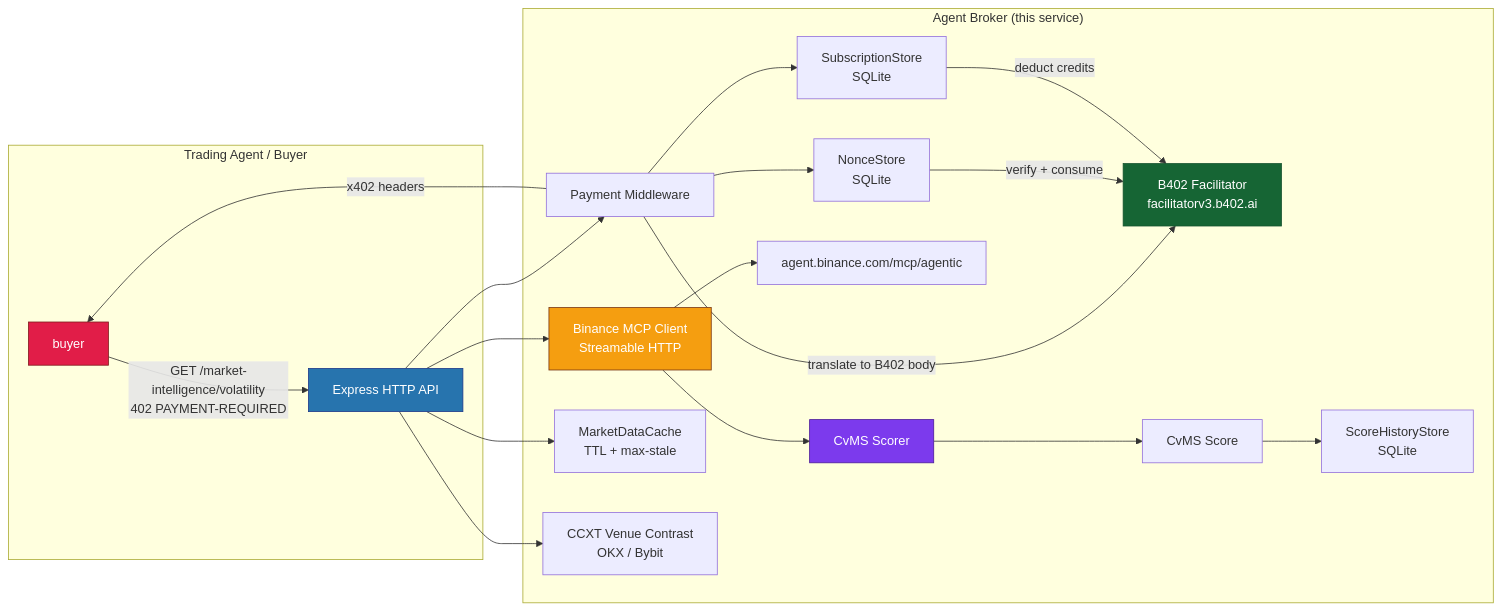
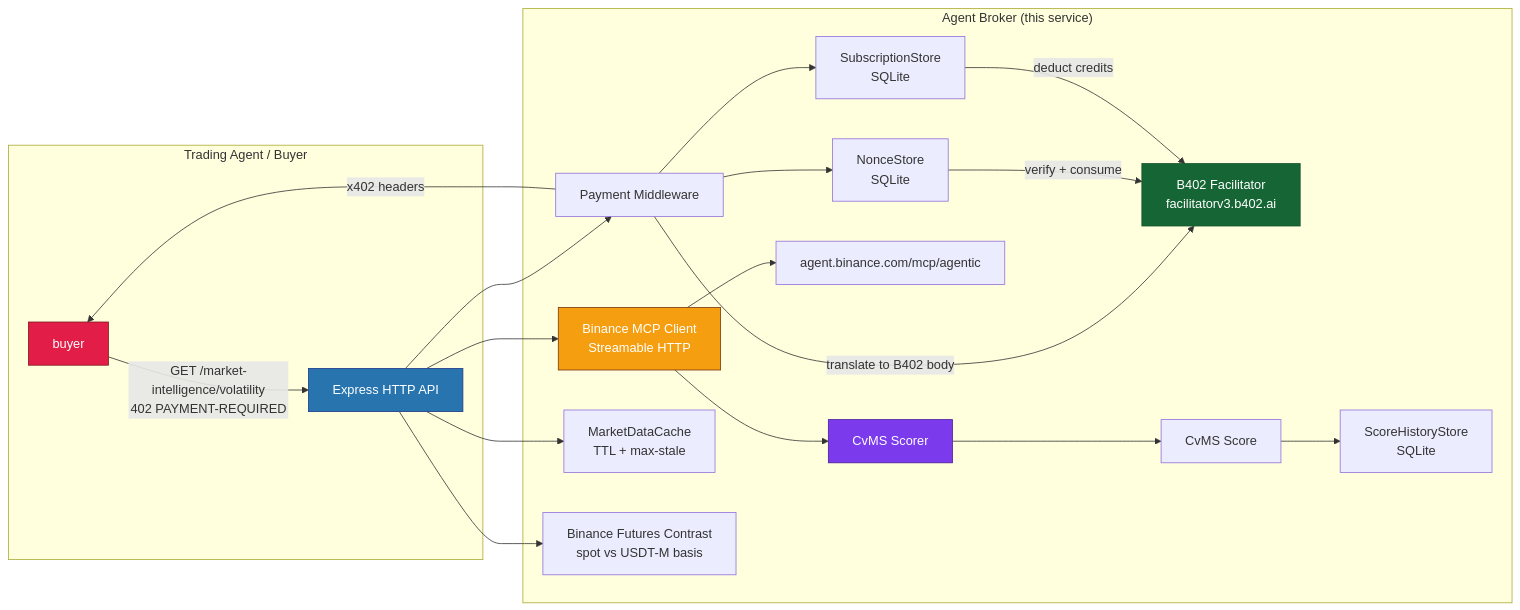
One commit to AduAkorful/agent-broker changed the diagram in README.md. Above: the diagram before and after it, drawn with Mermaid. The commit also changed other lines of this file and 14 other files, not shown here.

First line of the commit message:
feat: Binance spot vs futures basis for venue contrast

````diff
--- a/README.md
+++ b/README.md
@@ -13,29 +13,29 @@
 ```mermaid
 graph LR
   subgraph Client["Trading Agent / Buyer"]
     A[buyer] -->|GET /market-intelligence/volatility<br/>402 PAYMENT-REQUIRED| B
   end
 
   subgraph Broker["Agent Broker (this service)"]
     B[Express HTTP API] --> C[Payment Middleware]
     C -->|x402 headers| A
     C -->|translate to B402 body| D[B402 Facilitator<br/>facilitatorv3.b402.ai]
     C --> E[NonceStore<br/>SQLite]
     C --> F[SubscriptionStore<br/>SQLite]
     B --> G[Binance MCP Client<br/>Streamable HTTP]
     G --> H[agent.binance.com/mcp/agentic]
     G --> I[CvMS Scorer]
     B --> J[MarketDataCache<br/>TTL + max-stale]
-    B --> K[CCXT Venue Contrast<br/>OKX / Bybit]
+    B --> K[Binance Futures Contrast<br/>spot vs USDT-M basis]
     I --> L[CvMS Score]
     L --> M[ScoreHistoryStore<br/>SQLite]
   end
 
   E -->|"verify + consume"| D
   F -->|"deduct credits"| D
   style A fill:#e11d48,stroke:#7f1d1d,color:#fff
   style B fill:#2774ae,stroke:#1e3a8a,color:#fff
   style D fill:#166534,stroke:#14532d,color:#fff
   style G fill:#f59e10,stroke:#78350f,color:#fff
   style I fill:#7c3aed,stroke:#4c1d99,color:#fff
 ```
````
